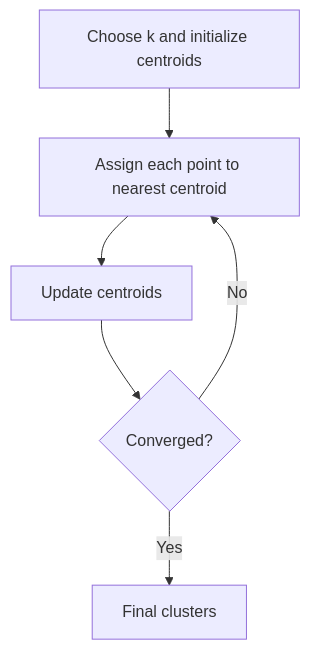
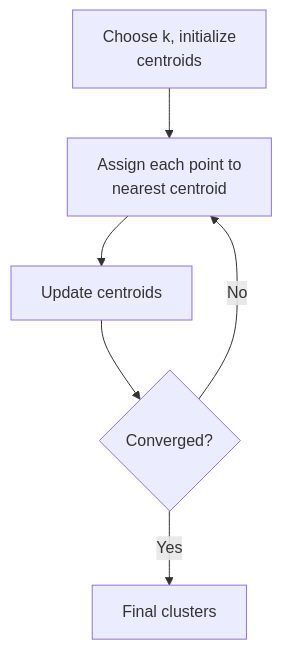
Diagram 16 of 17 in ml-course/unit-2.md (SureshAmal/learnmaker), drawn with Mermaid before and after one commit. The commit also changed other lines of this file and 668 other files, not shown here.

````diff
--- a/ml-course/unit-2.md
+++ b/ml-course/unit-2.md
@@ -464,8 +1283,8 @@
 ```mermaid
 flowchart TD
-    A["Choose k and initialize centroids"] --> B["Assign each point to nearest centroid"]
+    A["Choose k, initialize<br/>centroids"] --> B["Assign each point to<br/>nearest centroid"]
     B --> C["Update centroids"]
     C --> D{"Converged?"}
     D -->|No| B
     D -->|Yes| E["Final clusters"]
 ```
````
